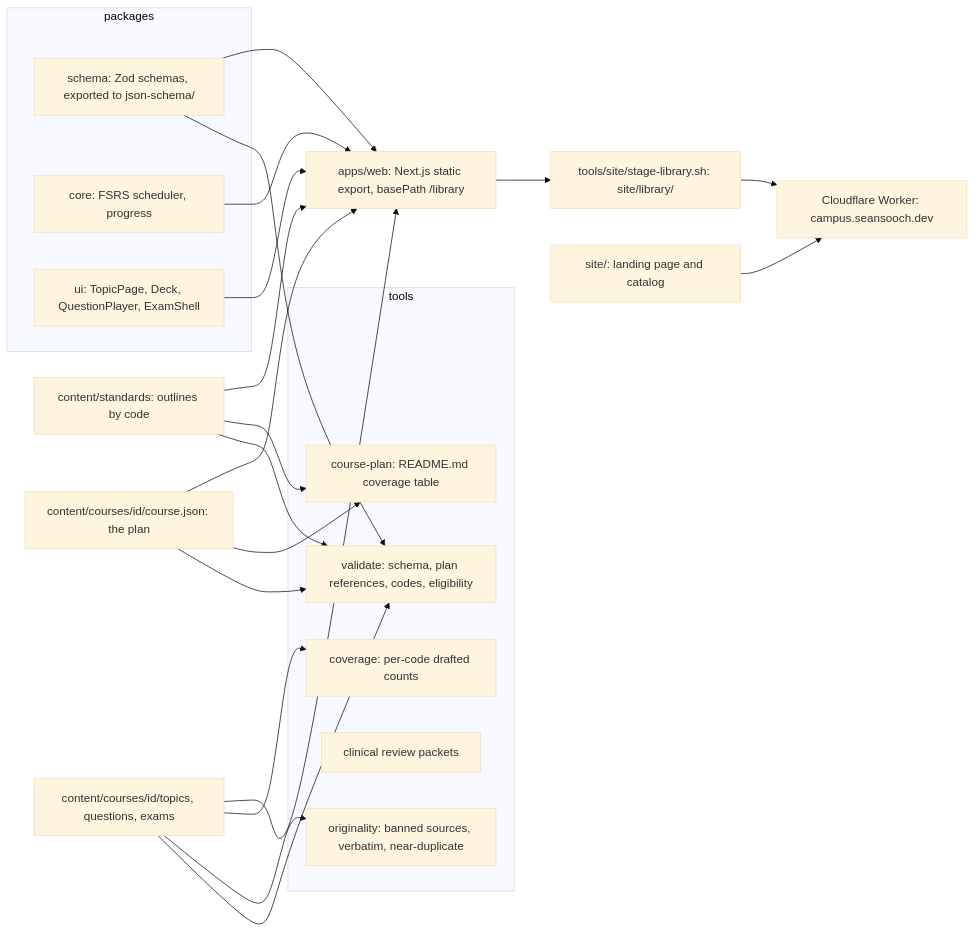
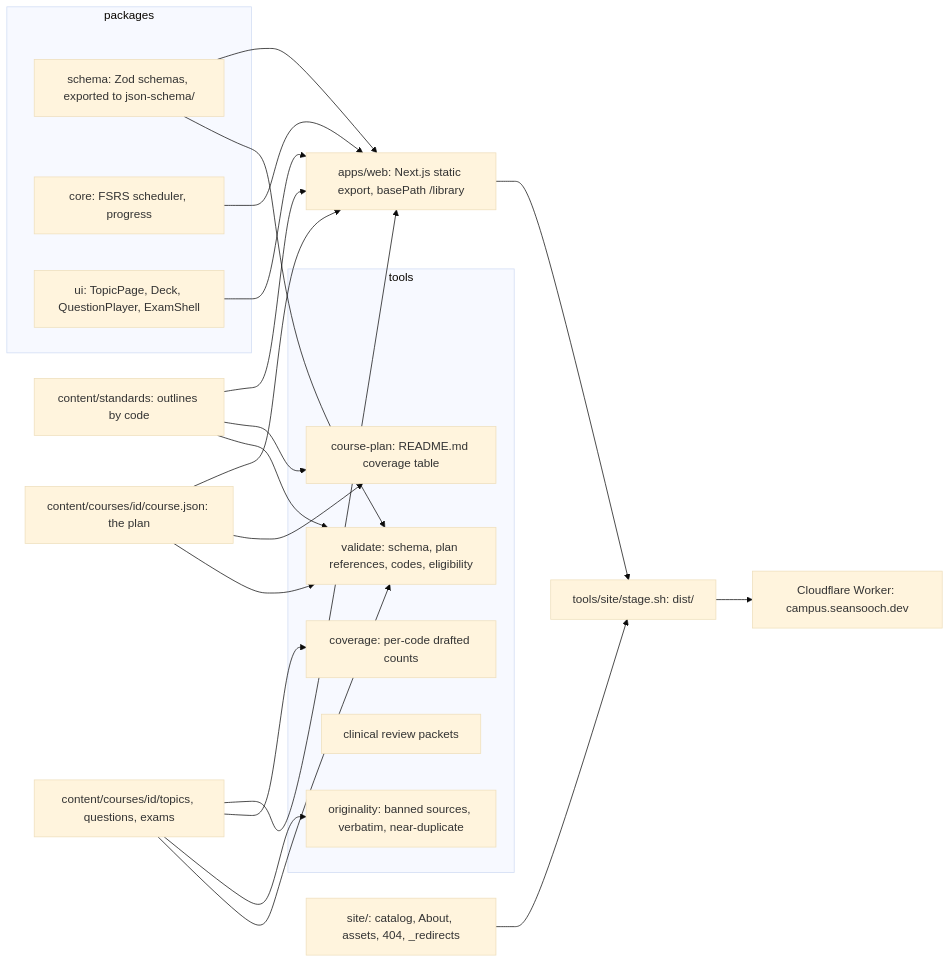
The diagram in ARCHITECTURE.md (seansooch-byte/open-campus), drawn with Mermaid (base theme) before and after one commit. The commit also changed other lines of this file and 34 other files, not shown here.

First line of the commit message:
Library is the front door; the case is compressed into /about/

````diff
--- a/ARCHITECTURE.md
+++ b/ARCHITECTURE.md
@@ -13,32 +13,32 @@
 ```mermaid
 flowchart LR
   subgraph packages
     SC[schema: Zod schemas, exported to json-schema/]
     CO[core: FSRS scheduler, progress]
     UI[ui: TopicPage, Deck, QuestionPlayer, ExamShell]
   end
   subgraph tools
     VA[validate: schema, plan references, codes, eligibility]
     OR[originality: banned sources, verbatim, near-duplicate]
     CV[coverage: per-code drafted counts]
     CL[clinical review packets]
     PLAN[course-plan: README.md coverage table]
   end
   STD[content/standards: outlines by code] --> VA
   COURSE[content/courses/id/course.json: the plan] --> VA
   DRAFT[content/courses/id/topics, questions, exams] --> VA
   DRAFT --> OR
   DRAFT --> CV
   COURSE --> PLAN
   STD --> PLAN
   SC --> VA
   SC --> WEB[apps/web: Next.js static export, basePath /library]
   STD --> WEB
   COURSE --> WEB
   DRAFT --> WEB
   CO --> WEB
   UI --> WEB
-  WEB --> STAGE[tools/site/stage-library.sh: site/library/]
-  SITE[site/: landing page and catalog] --> WORKER[Cloudflare Worker: campus.seansooch.dev]
-  STAGE --> WORKER
+  WEB --> STAGE[tools/site/stage.sh: dist/]
+  SITE[site/: catalog, About, assets, 404, _redirects] --> STAGE
+  STAGE --> WORKER[Cloudflare Worker: campus.seansooch.dev]
 ```
````
